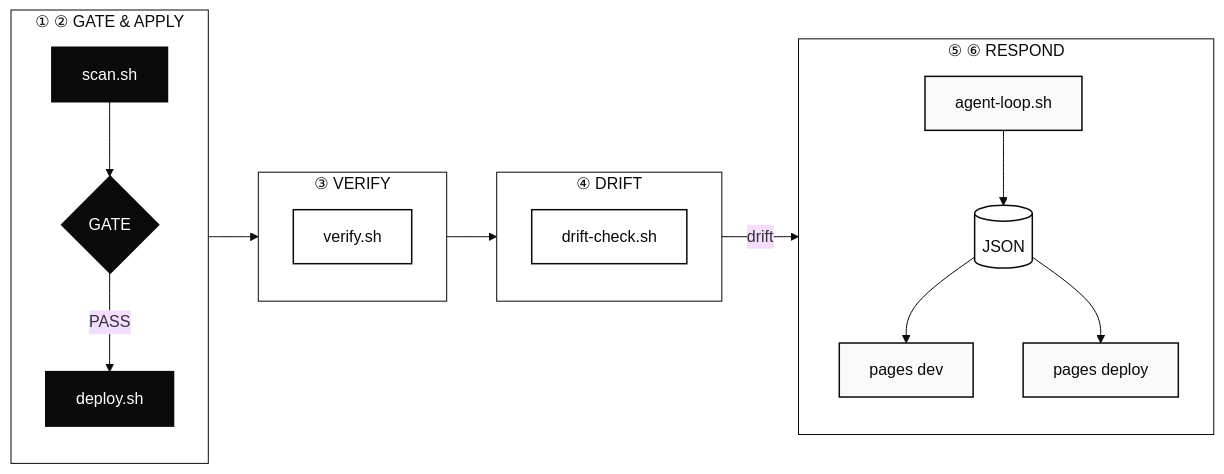
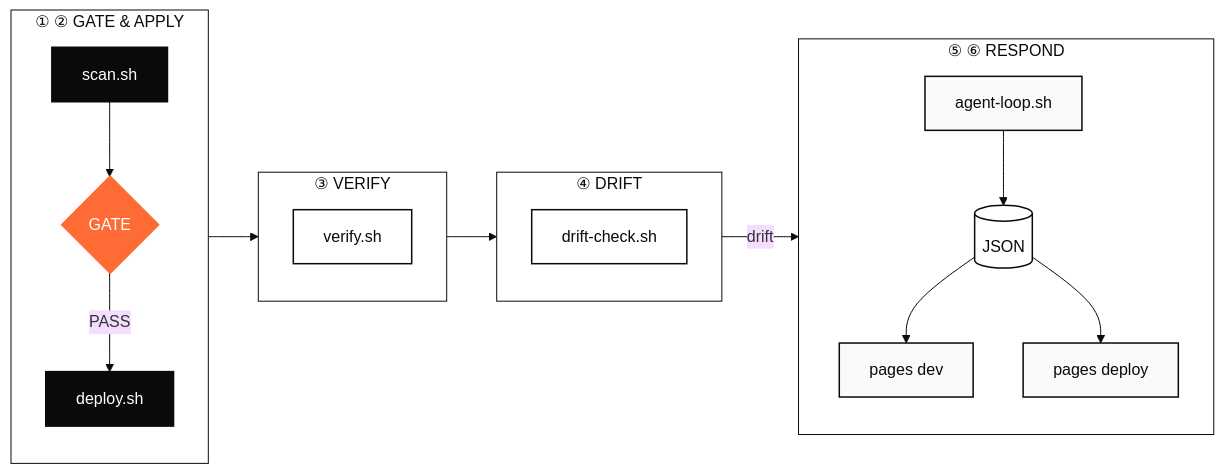
Before and after one commit to arifbazli/shift-left-cloud-sandbox: the diagram in docs/diagrams/developer-dataflow.mmd, drawn with Mermaid (base theme). The commit also changed 8 other files, not shown here.

First line of the commit message:
style(diagrams): apply 2026 modern aesthetic (frosted cards + amber accent)

```diff
--- a/docs/diagrams/developer-dataflow.mmd
+++ b/docs/diagrams/developer-dataflow.mmd
@@ -1,52 +1,56 @@
 flowchart LR
     subgraph S1["① ② GATE & APPLY"]
         direction TB
         SCAN["scan.sh"]
         GATE{"GATE"}
         APPLY["deploy.sh"]
         SCAN --> GATE -->|"PASS"| APPLY
     end
 
     subgraph S2["③ VERIFY"]
         direction TB
         V1["verify.sh"]
     end
 
     subgraph S3["④ DRIFT"]
         direction TB
         D1["drift-check.sh"]
     end
 
     subgraph S4["⑤ ⑥ RESPOND"]
         direction TB
         AG["agent-loop.sh"]
         J[("JSON")]
         DEV["pages dev"]
         DEP["pages deploy"]
         AG --> J
         J --> DEV
         J --> DEP
     end
 
     APPLY --> V1 --> D1 -->|"drift"| AG
 
-    %% Cluster backgrounds: white with thin black border (so the box is
-    %% visible against the canvas without dominating the design).
+    %% 2026 modern aesthetic: black-and-white shape language with one
+    %% warm amber accent reserved for the security choke-point (GATE).
+    %% Cluster backgrounds: white with a thin black border; the post-
+    %% process CSS injects a soft drop shadow and rounded corners so
+    %% each cluster reads as a frosted card lifted off the canvas.
     classDef section fill:#ffffff,stroke:#0a0a0a,color:#0a0a0a,stroke-width:1px
-    %% Action nodes (the scripts that do things): black-filled, white text.
+    %% Action nodes (scripts that do things): black-filled, white text.
     classDef black fill:#0a0a0a,stroke:#0a0a0a,color:#ffffff,stroke-width:2px
     %% Pass-through nodes: white with black border.
     classDef white fill:#ffffff,stroke:#0a0a0a,color:#0a0a0a,stroke-width:1.5px
     %% Surface nodes: light gray with black border.
     classDef gray fill:#fafafa,stroke:#0a0a0a,color:#0a0a0a,stroke-width:1.5px
-    %% Decision node: black diamond with white text.
-    classDef diamond fill:#0a0a0a,stroke:#0a0a0a,color:#ffffff,stroke-width:2px
+    %% Decision node: amber (#ff6b35) diamond with white text.
+    %% The only color in the diagram, reserved for the security gate.
+    classDef diamond fill:#ff6b35,stroke:#ff6b35,color:#ffffff,stroke-width:2px
     %% Data store: white with black border (cylinder).
     classDef store fill:#ffffff,stroke:#0a0a0a,color:#0a0a0a,stroke-width:1.5px
 
     class S1,S2,S3,S4 section
     class SCAN,APPLY black
     class V1,D1 white
     class AG,DEV,DEP gray
     class GATE diamond
     class J store
```
